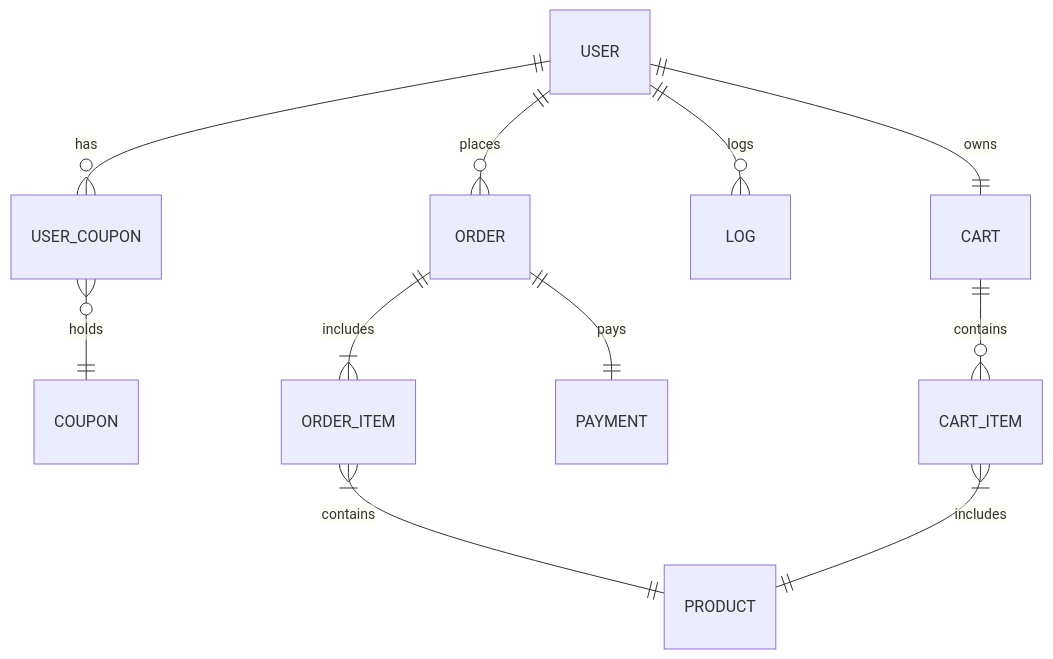
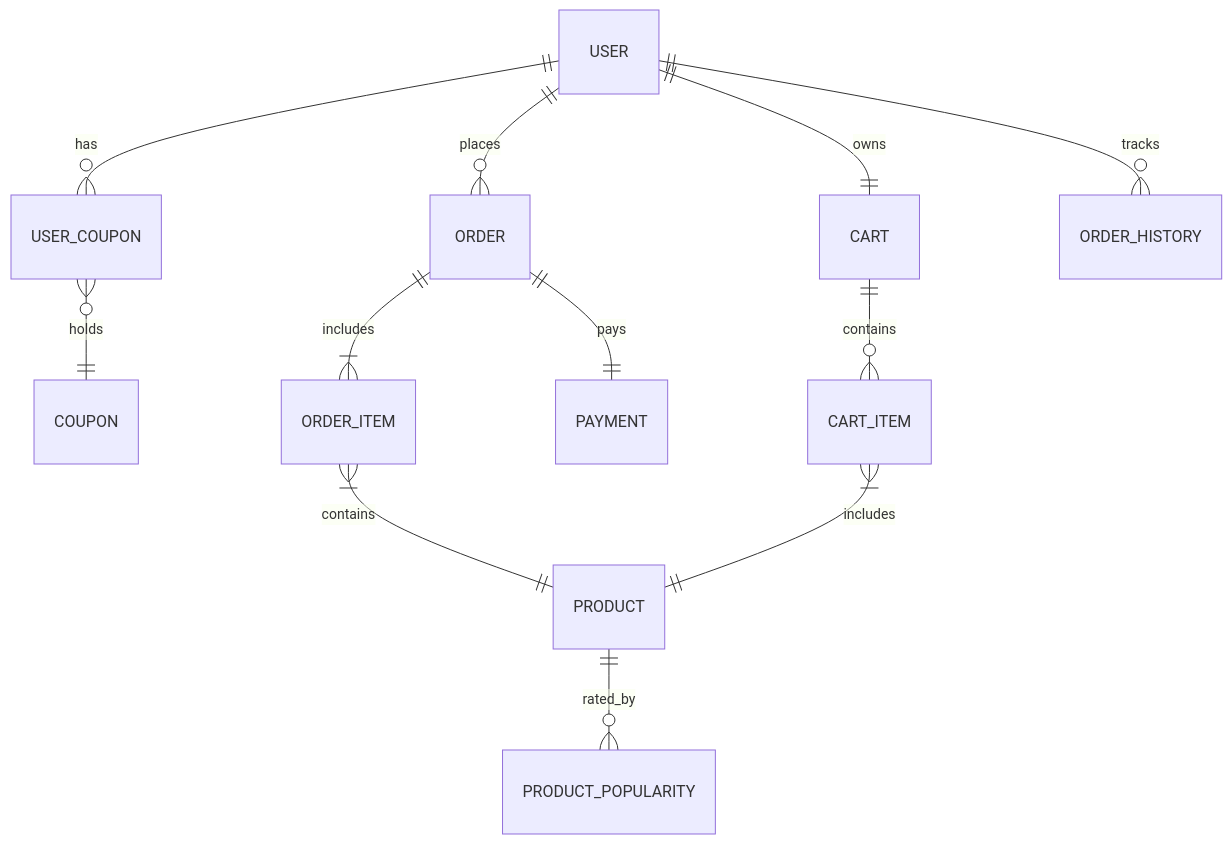
Before and after one commit to euncody/Hanghe: the first of 2 diagrams in docs/ERD.md, drawn with Mermaid. The commit also changed other lines of this file, not shown here.

First line of the commit message:
📚 docs: ERD 설계 수정

````diff
--- a/docs/ERD.md
+++ b/docs/ERD.md
@@ -3,13 +3,19 @@
 ```mermaid
 erDiagram
-    USER ||--o{ ORDER : places
     USER ||--o{ USER_COUPON : has
     USER_COUPON }o--|| COUPON : holds
+
+    USER ||--o{ ORDER : places
     ORDER ||--|{ ORDER_ITEM : includes
     ORDER_ITEM }|--|| PRODUCT : contains
+
     ORDER ||--|| PAYMENT : pays
-    USER ||--o{ LOG : logs
+
     USER ||--|| CART : owns
     CART ||--o{ CART_ITEM : contains
     CART_ITEM }|--|| PRODUCT : includes
+
+    USER ||--o{ ORDER_HISTORY : tracks
+    PRODUCT ||--o{ PRODUCT_POPULARITY : rated_by
+
 ```
````
